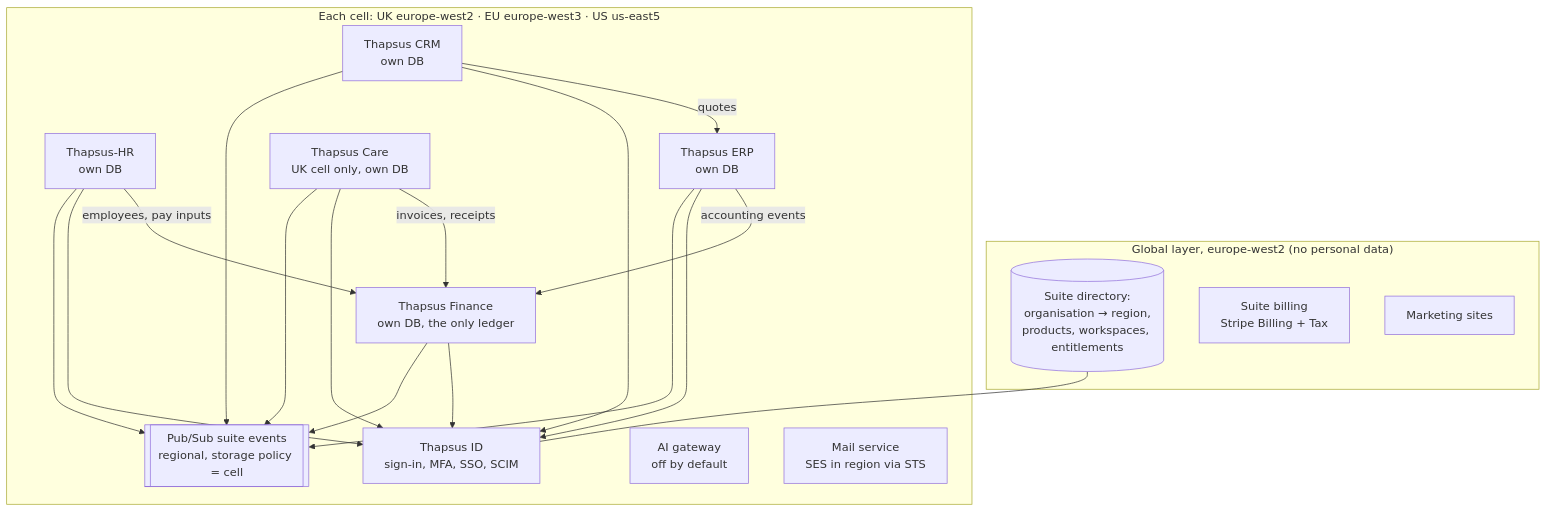
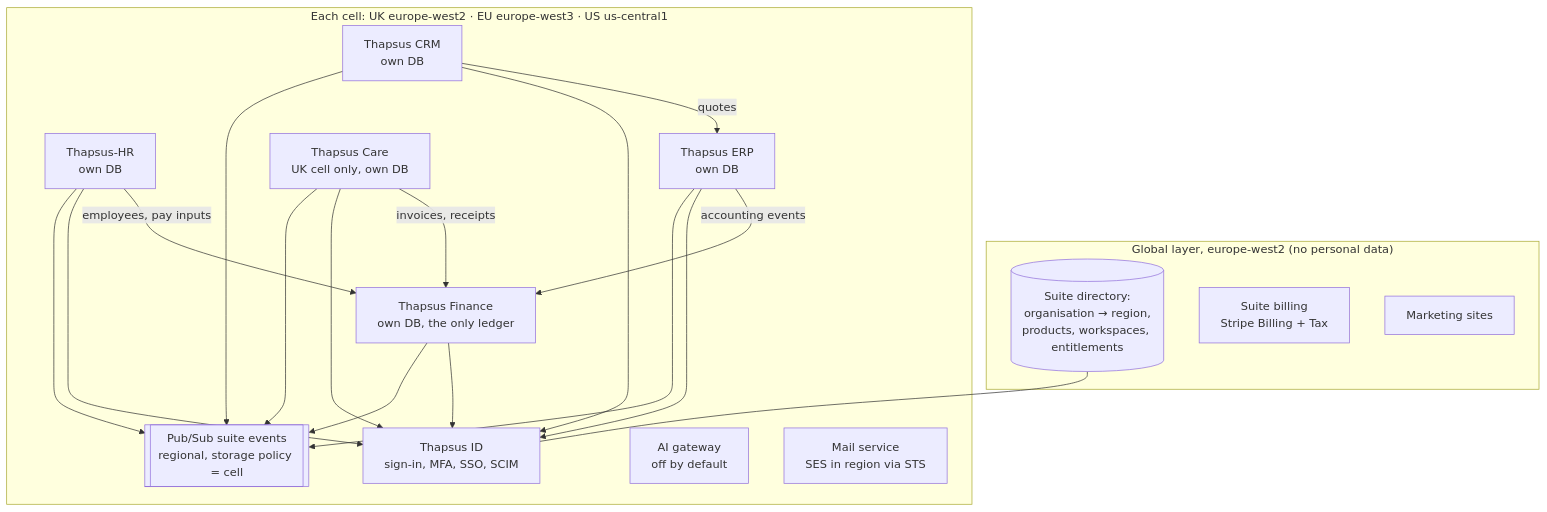
One commit to Bmwarari2/PROJECT_MULLAH changed the diagram in docs/suite/SUITE_PLAN.md. Above: the diagram before and after it, drawn with Mermaid. The commit also changed other lines of this file and 8 other files, not shown here.

First line of the commit message:
docs: move the US cell to us-central1 (owner decision D-16)

````diff
--- a/docs/suite/SUITE_PLAN.md
+++ b/docs/suite/SUITE_PLAN.md
@@ -52,26 +58,26 @@
 ```mermaid
 flowchart TB
   subgraph Global["Global layer, europe-west2 (no personal data)"]
     DIR[(Suite directory:\norganisation → region,\nproducts, workspaces, entitlements)]
     BILL[Suite billing\nStripe Billing + Tax]
     MKT[Marketing sites]
   end
-  subgraph Cell["Each cell: UK europe-west2 · EU europe-west3 · US us-east5"]
+  subgraph Cell["Each cell: UK europe-west2 · EU europe-west3 · US us-central1"]
     ID[Thapsus ID\nsign-in, MFA, SSO, SCIM]
     BUS[[Pub/Sub suite events\nregional, storage policy = cell]]
     AIG[AI gateway\noff by default]
     MAIL[Mail service\nSES in region via STS]
     HR[Thapsus-HR\nown DB]
     FIN[Thapsus Finance\nown DB, the only ledger]
     CRM[Thapsus CRM\nown DB]
     ERP[Thapsus ERP\nown DB]
     CARE[Thapsus Care\nUK cell only, own DB]
   end
   DIR --- ID
   HR & FIN & CRM & ERP & CARE --> BUS
   HR & FIN & CRM & ERP & CARE --> ID
   ERP -- accounting events --> FIN
   CARE -- invoices, receipts --> FIN
   CRM -- quotes --> ERP
   HR -- employees, pay inputs --> FIN
 ```
````
